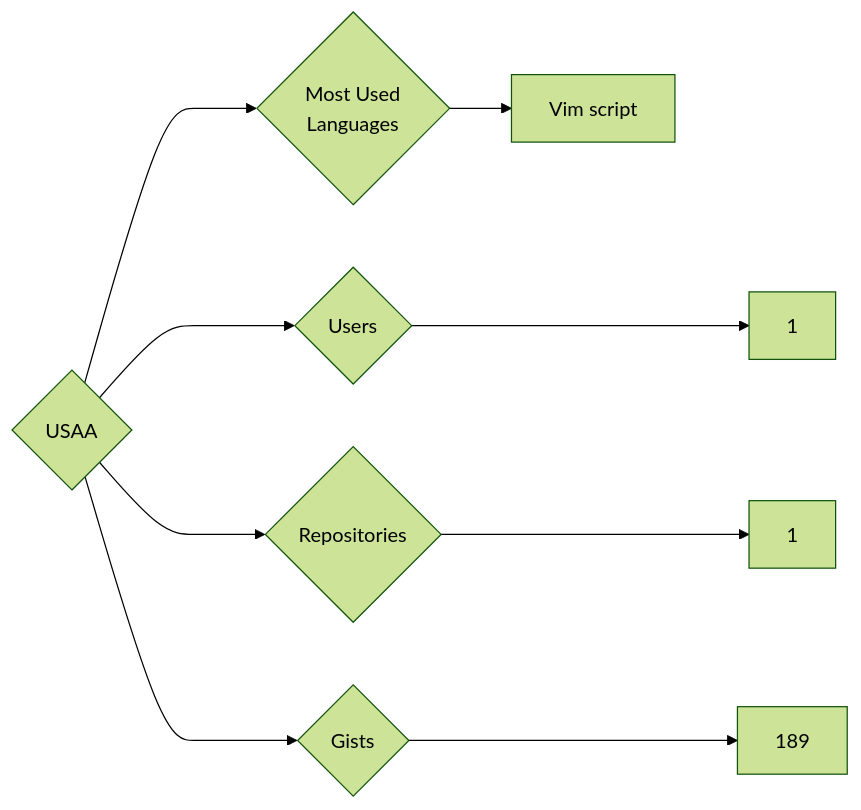
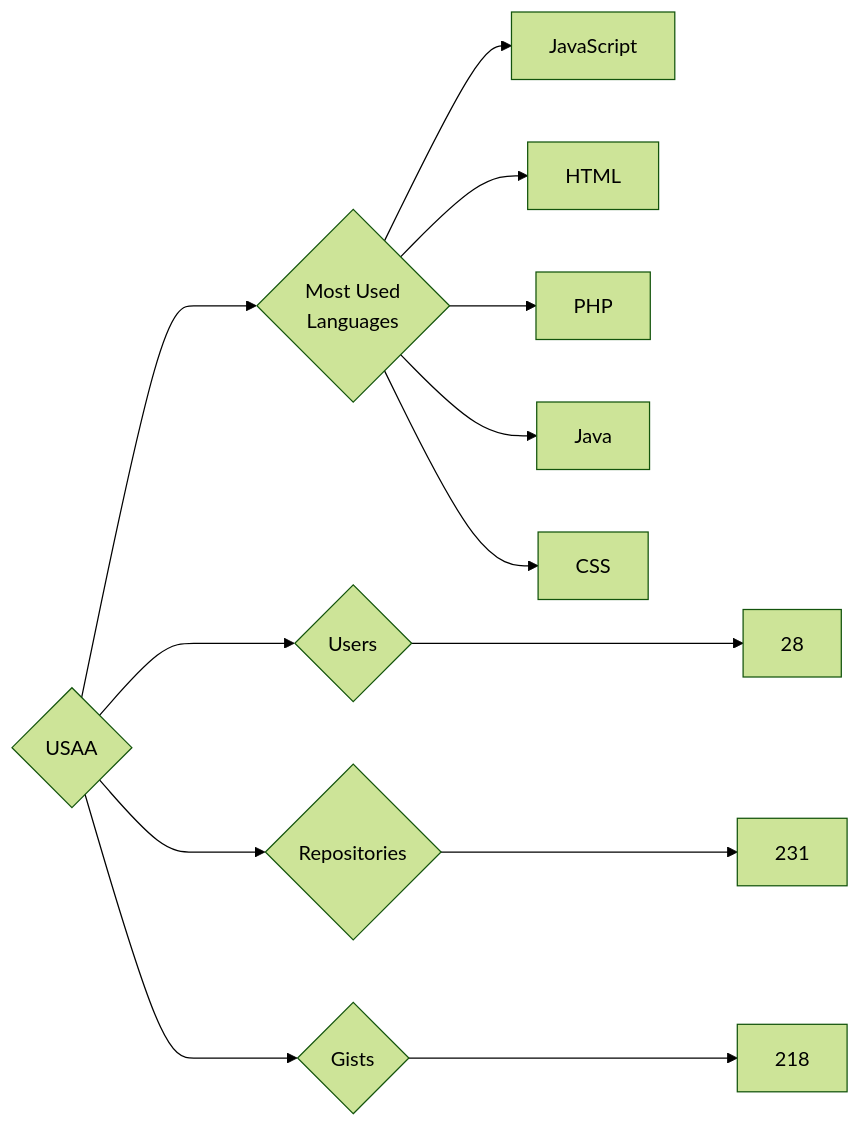
The diagram in targets/USAA/README.md (trickest/insiders), drawn with Mermaid (forest theme) before and after one commit. The commit also changed 765 other files, not shown here.

````diff
--- a/targets/USAA/README.md
+++ b/targets/USAA/README.md
@@ -3,9 +3,13 @@
 ```mermaid
 graph LR
 COMPANY_NAME{USAA}
-COMPANY_NAME ---> U{Users} ---> UN[1]
-COMPANY_NAME ---> R{Repositories} ---> RN[1]
-COMPANY_NAME ---> G{Gists} ---> GN[189]
+COMPANY_NAME ---> U{Users} ---> UN[28]
+COMPANY_NAME ---> R{Repositories} ---> RN[231]
+COMPANY_NAME ---> G{Gists} ---> GN[218]
 COMPANY_NAME ---> ML{Most Used<br>Languages}
-ML --> Vim_script[Vim script]
+ML --> JavaScript[JavaScript]
+ML --> HTML[HTML]
+ML --> PHP[PHP]
+ML --> Java[Java]
+ML --> CSS[CSS]
 ```
````
